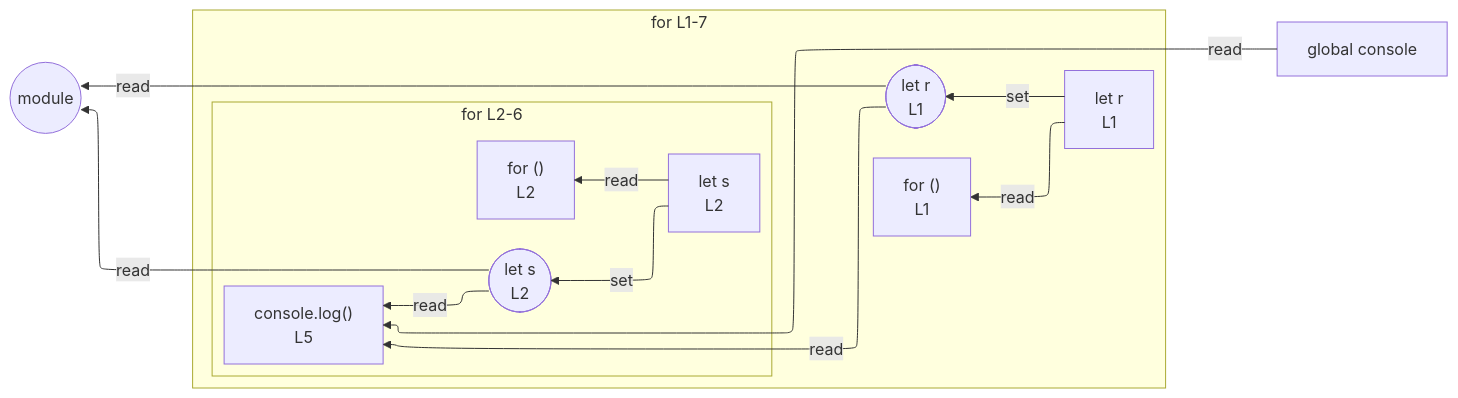
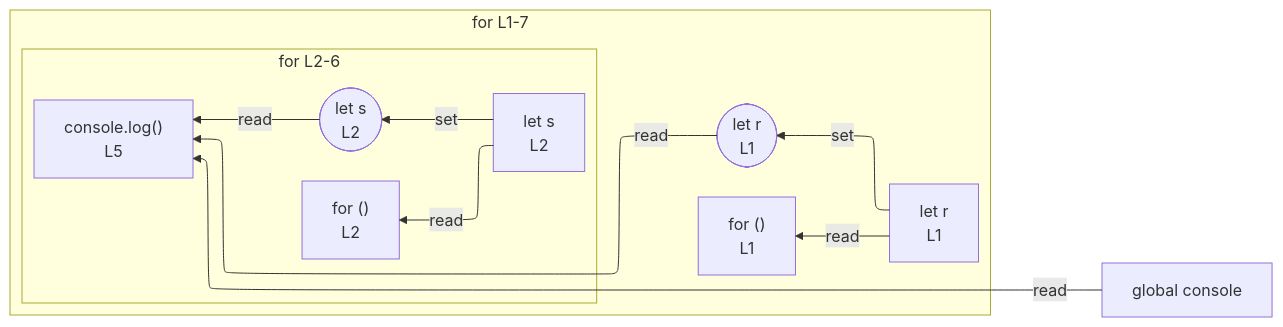
Before and after one commit to crescware/unsnarl: the diagram in integration/fixtures/iteration-statement/classic-for/labeled-break-continue/preview.md, drawn with Mermaid. The commit also changed 96 other files, not shown here.

````diff
--- a/integration/fixtures/iteration-statement/classic-for/labeled-break-continue/preview.md
+++ b/integration/fixtures/iteration-statement/classic-for/labeled-break-continue/preview.md
@@ -17,28 +17,25 @@
 ```mermaid
 %%{init: {"flowchart": {"defaultRenderer": "elk"}}}%%
 flowchart RL
   n_scope_0_console_151["global console"]
   subgraph s_scope_1["for L1-7"]
     direction RL
     for_test_scope_0_12["for ()<br/>L1"]
     n_scope_1_r_21["let r<br/>L1"]
     wr_ref_2(["let r<br/>L1"])
     subgraph s_scope_3["for L2-6"]
       direction RL
       for_test_scope_2_44["for ()<br/>L2"]
       n_scope_3_s_53["let s<br/>L2"]
       wr_ref_5(["let s<br/>L2"])
       expr_stmt_151["console.log()<br/>L5"]
     end
   end
   n_scope_1_r_21 -->|set| wr_ref_2
   n_scope_3_s_53 -->|set| wr_ref_5
   n_scope_1_r_21 -->|read| for_test_scope_0_12
   n_scope_3_s_53 -->|read| for_test_scope_2_44
-  wr_ref_5 -->|read| module_root
-  wr_ref_2 -->|read| module_root
   n_scope_0_console_151 -->|read| expr_stmt_151
   wr_ref_2 -->|read| expr_stmt_151
   wr_ref_5 -->|read| expr_stmt_151
-  module_root((module))
 ```
````
